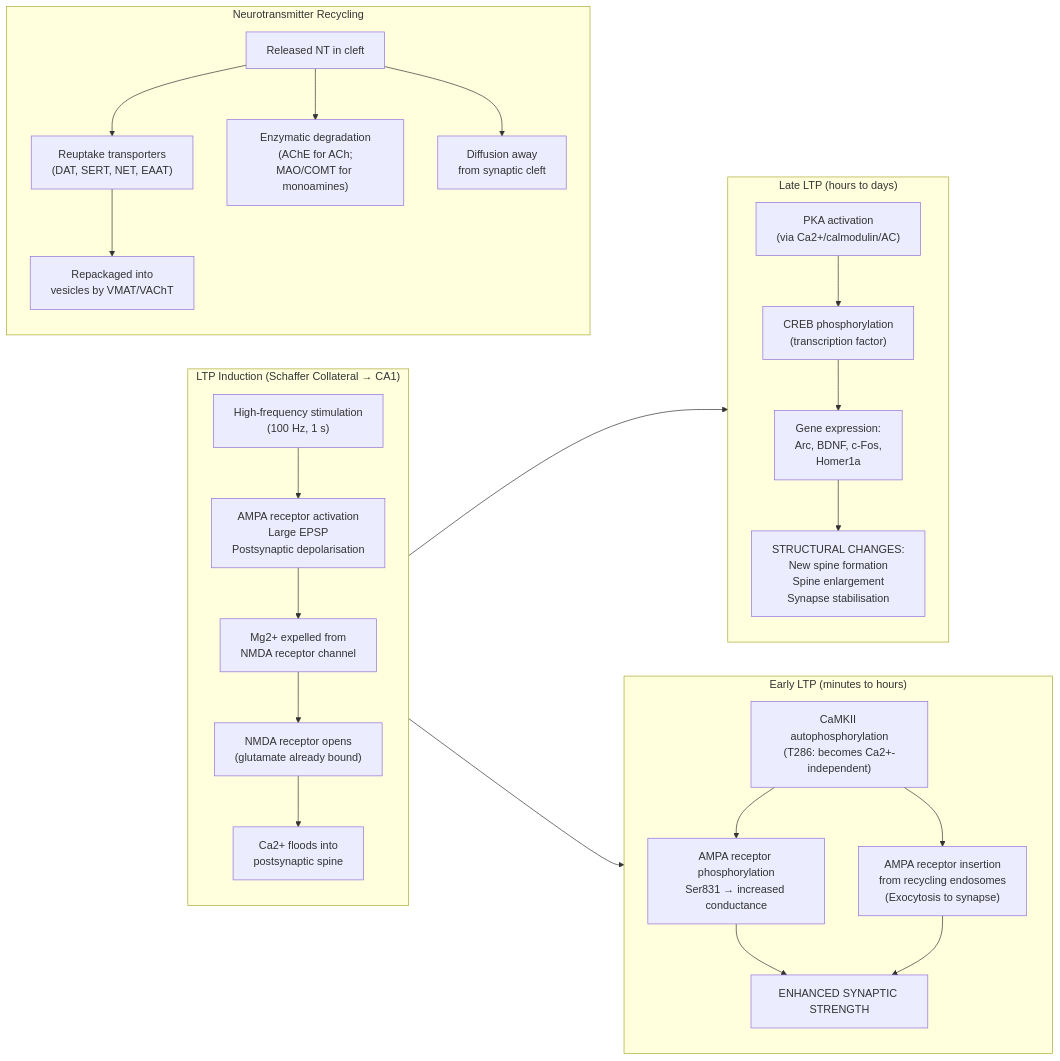
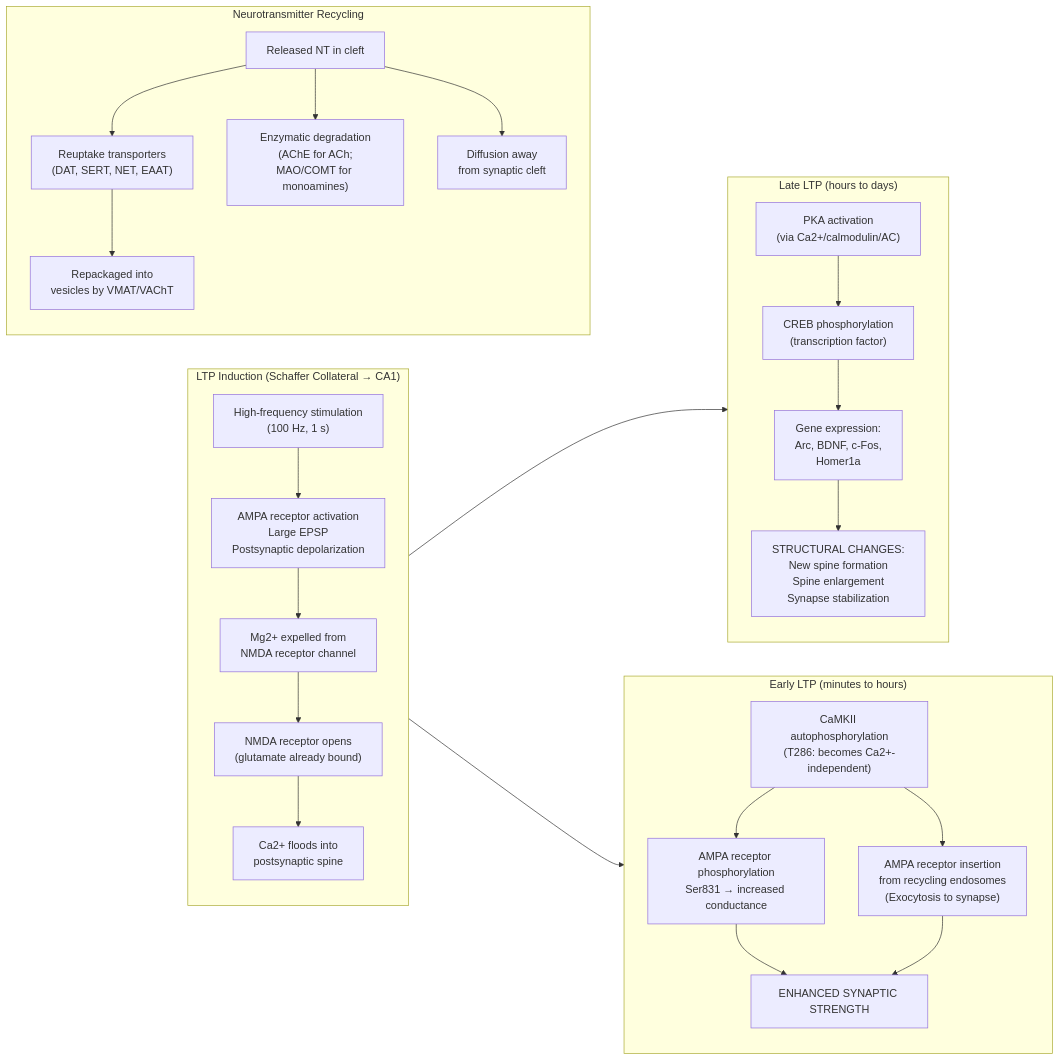
One commit to docxology/biology_textbook changed the fourth of 4 diagrams in manuscript/unit_IX/action_potential_synapses.md. Above: the diagram before and after it, drawn with Mermaid. The commit also changed other lines of this file and 247 other files, not shown here.

````diff
--- a/manuscript/unit_IX/action_potential_synapses.md
+++ b/manuscript/unit_IX/action_potential_synapses.md
@@ -649,35 +654,35 @@
 ```mermaid
 flowchart LR
     subgraph Induction ["LTP Induction (Schaffer Collateral → CA1)"]
         direction TB
-        HFS["High-frequency stimulation<br/>(100 Hz, 1 s)"] --> AMPA1["AMPA receptor activation<br/>Large EPSP<br/>Postsynaptic depolarisation"]
+        HFS["High-frequency stimulation<br/>(100 Hz, 1 s)"] --> AMPA1["AMPA receptor activation<br/>Large EPSP<br/>Postsynaptic depolarization"]
         AMPA1 --> MgBlock["Mg2+ expelled from<br/>NMDA receptor channel"]
         MgBlock --> NMDA1["NMDA receptor opens<br/>(glutamate already bound)"]
         NMDA1 --> CaInflux["Ca2+ floods into<br/>postsynaptic spine"]
     end
 
     subgraph Early ["Early LTP (minutes to hours)"]
         direction TB
         CaInflux --> CaMKII["CaMKII autophosphorylation<br/>(T286: becomes Ca2+-independent)"]
         CaMKII --> AMPAphos["AMPA receptor phosphorylation<br/>Ser831 → increased conductance"]
         CaMKII --> AMPAinsert["AMPA receptor insertion<br/>from recycling endosomes<br/>(Exocytosis to synapse)"]
         AMPAphos --> Enhanced["ENHANCED SYNAPTIC STRENGTH"]
         AMPAinsert --> Enhanced
     end
 
     subgraph Late ["Late LTP (hours to days)"]
         direction TB
         CaInflux --> PKA["PKA activation<br/>(via Ca2+/calmodulin/AC)"]
         PKA --> CREB["CREB phosphorylation<br/>(transcription factor)"]
         CREB --> Genes["Gene expression:<br/>Arc, BDNF, c-Fos,<br/>Homer1a"]
-        Genes --> Structural["STRUCTURAL CHANGES:<br/>New spine formation<br/>Spine enlargement<br/>Synapse stabilisation"]
+        Genes --> Structural["STRUCTURAL CHANGES:<br/>New spine formation<br/>Spine enlargement<br/>Synapse stabilization"]
     end
 
     subgraph Recycling ["Neurotransmitter Recycling"]
         direction TB
         NT["Released NT in cleft"] --> Reuptake["Reuptake transporters<br/>(DAT, SERT, NET, EAAT)"]
         NT --> Enzyme["Enzymatic degradation<br/>(AChE for ACh;<br/>MAO/COMT for monoamines)"]
         NT --> Diff["Diffusion away<br/>from synaptic cleft"]
         Reuptake --> Repackage["Repackaged into<br/>vesicles by VMAT/VAChT"]
     end
 ```
````
